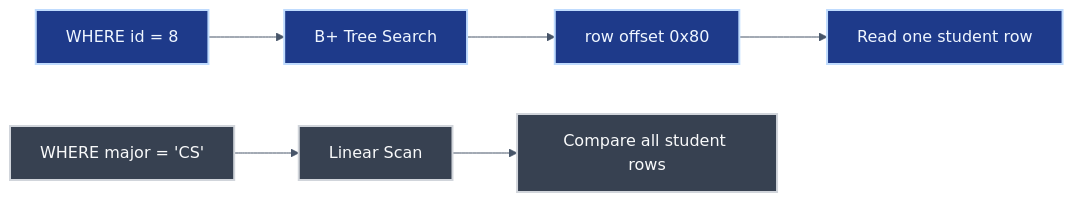
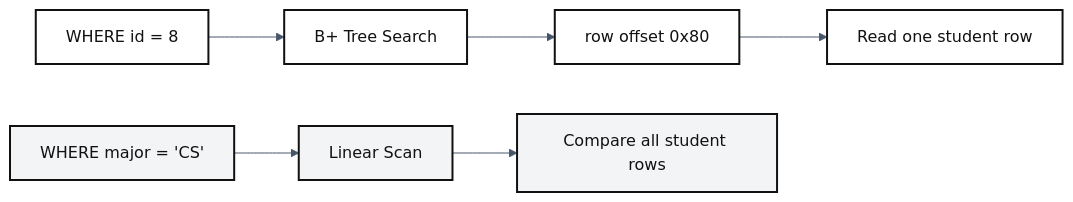
Before and after one commit to Jungle-12-303/week7-team1-sql-2: the seventh of 14 diagrams in README.md, drawn with Mermaid. The commit also changed other lines of this file, not shown here.

Commit message:
Refine README diagram colors for light mode

````diff
--- a/README.md
+++ b/README.md
@@ -373,28 +373,28 @@
 ```mermaid
 %%{init: {
   "theme": "base",
   "themeVariables": {
     "background": "#ffffff",
     "primaryColor": "#f8fafc",
     "primaryTextColor": "#111827",
     "primaryBorderColor": "#334155",
     "lineColor": "#475569",
     "secondaryColor": "#f1f5f9",
     "secondaryTextColor": "#111827",
     "tertiaryColor": "#e2e8f0",
     "tertiaryTextColor": "#111827"
   }
 }}%%
 flowchart LR
     A["WHERE id = 8"] --> B["B+ Tree Search"]
     B --> C["row offset 0x80"]
     C --> D["Read one student row"]
 
     E["WHERE major = 'CS'"] --> F["Linear Scan"]
     F --> G["Compare all student rows"]
 
-    classDef index fill:#1e3a8a,stroke:#bfdbfe,stroke-width:2px,color:#eff6ff;
-    classDef scan fill:#374151,stroke:#d1d5db,stroke-width:2px,color:#f9fafb;
+    classDef index fill:#ffffff,stroke:#111111,stroke-width:2px,color:#111111;
+    classDef scan fill:#f3f4f6,stroke:#111111,stroke-width:2px,color:#111111;
     class A,B,C,D index;
     class E,F,G scan;
 ```
````
